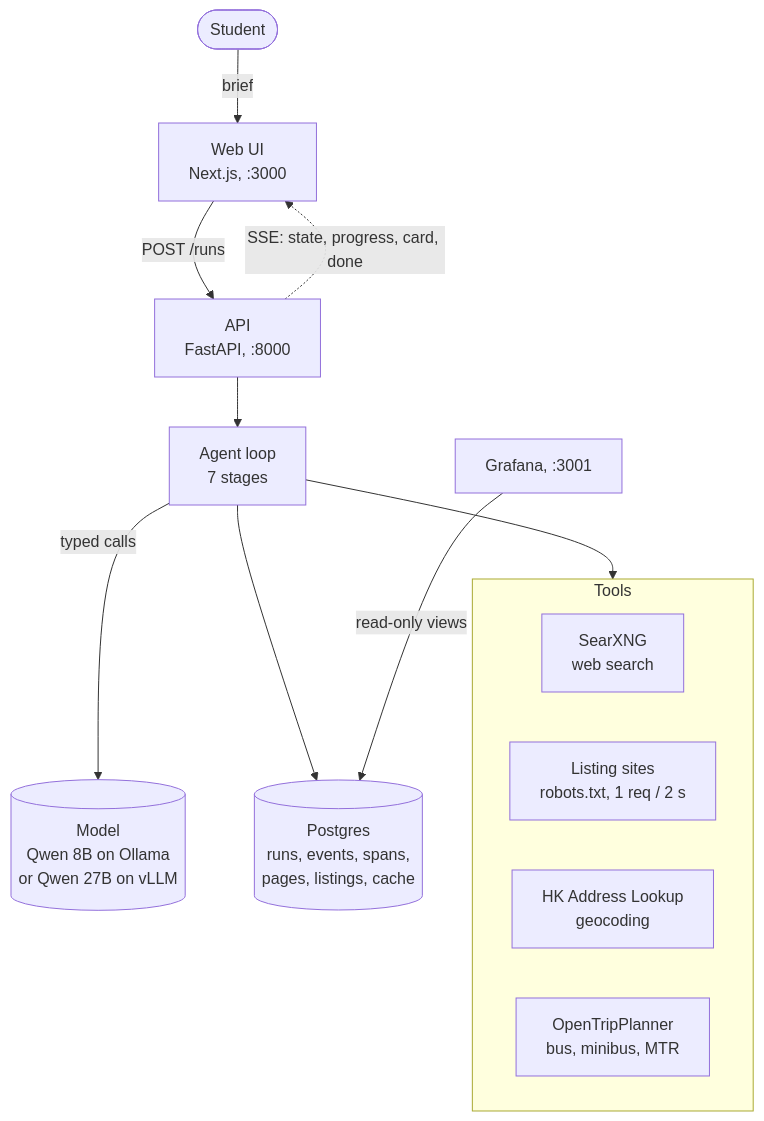
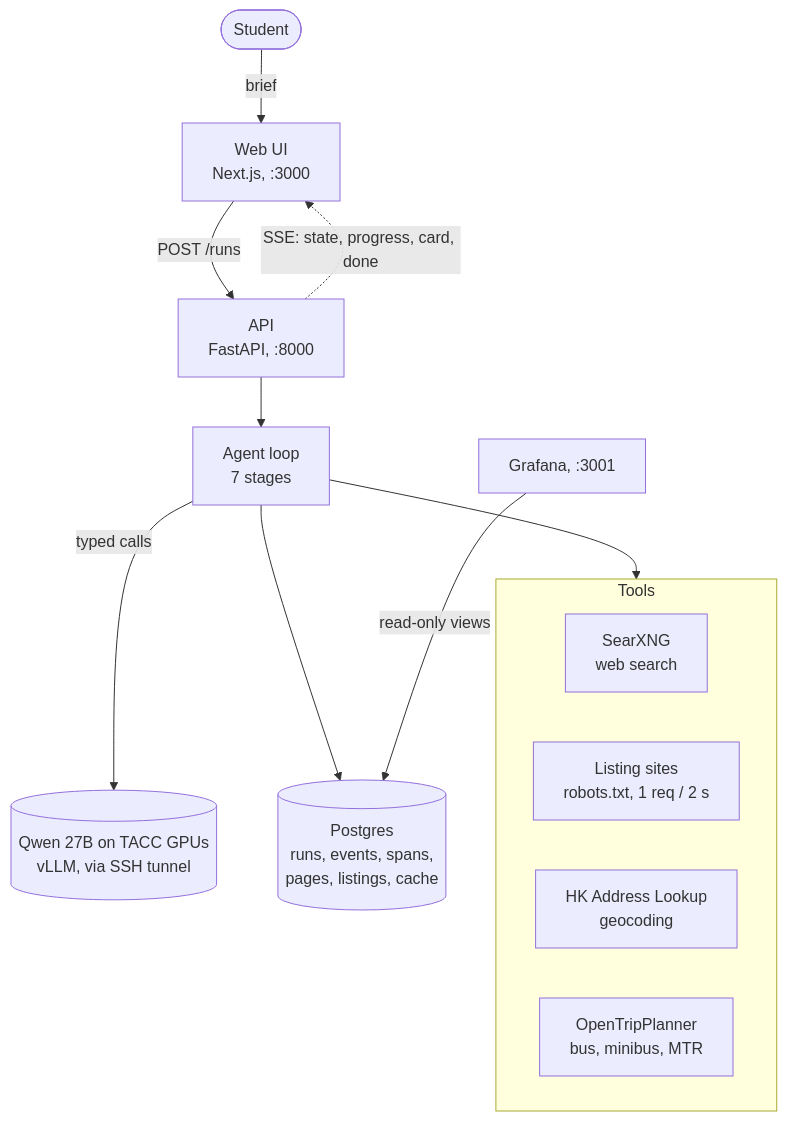
The first of 3 diagrams in docs/architecture.md (flatjai/flatjai), drawn with Mermaid before and after one commit. The commit also changed other lines of this file and 11 other files, not shown here.

First line of the commit message:
Make Qwen 27B on TACC the default model and ask where it runs at setup

````diff
--- a/docs/architecture.md
+++ b/docs/architecture.md
@@ -11,18 +11,18 @@
 ```mermaid
 flowchart TB
     student([Student]) -->|brief| web[Web UI<br/>Next.js, :3000]
     web -->|POST /runs| api[API<br/>FastAPI, :8000]
     api -.->|SSE: state, progress, card, done| web
     api --> agent[Agent loop<br/>7 stages]
-    agent -->|typed calls| model[(Model<br/>Qwen 8B on Ollama<br/>or Qwen 27B on vLLM)]
+    agent -->|typed calls| model[(Qwen 27B on TACC GPUs<br/>vLLM, via SSH tunnel)]
     agent --> tools
     agent --> pg[(Postgres<br/>runs, events, spans,<br/>pages, listings, cache)]
     subgraph tools [Tools]
         direction LR
         searxng[SearXNG<br/>web search]
         portals[Listing sites<br/>robots.txt, 1 req / 2 s]
         als[HK Address Lookup<br/>geocoding]
         otp[OpenTripPlanner<br/>bus, minibus, MTR]
     end
     grafana[Grafana, :3001] -->|read-only views| pg
 ```
````
